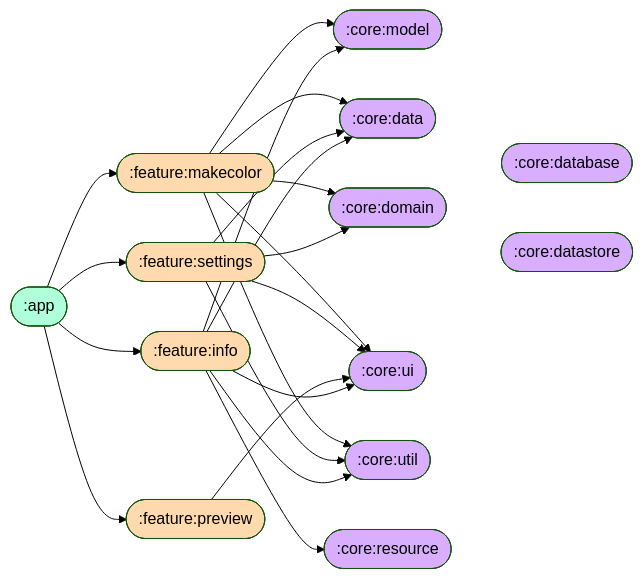
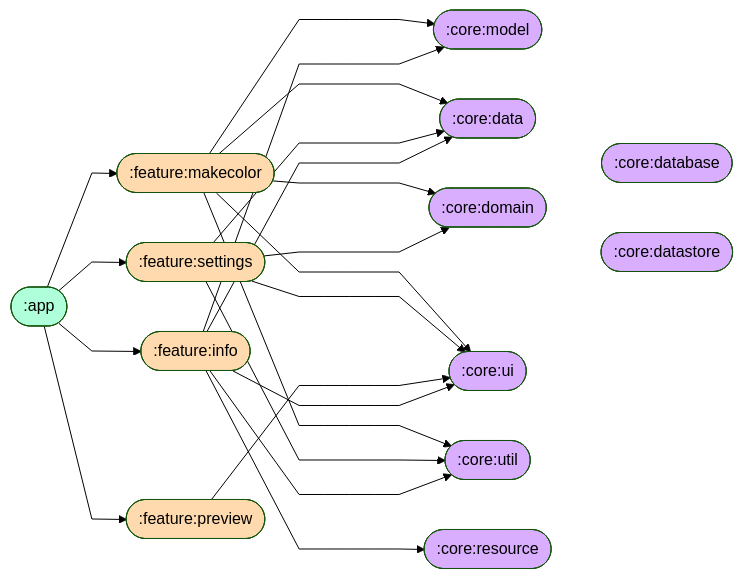
Before and after one commit to kosenda/MultiColorPicker: the diagram in README.md, drawn with Mermaid (forest theme).

Commit message:
docs: change to linear in mermaid
[skip ci]

````diff
--- a/README.md
+++ b/README.md
@@ -50,33 +50,35 @@
 ```mermaid
 flowchart LR
+%%{init: {'flowchart' : {'curve' : 'linear'}}}%%
+
   classDef appModule fill:#AEFFDA,color:#000
   classDef featureModule fill:#FFDAAE,color:#000
   classDef coreModule fill:#DAAEFF,color:#000
   
   A1([:app]):::appModule --> B1([:feature:makecolor]):::featureModule
   A1 --> B2([:feature:settings]):::featureModule
   A1 --> B3([:feature:preview]):::featureModule
   A1 --> B4([:feature:info]):::featureModule
   
-  B1 --> C1([:core:model]):::coreModule 
-  B1 --> C2
-  B1 --> C5
-  B1 --> C7
-  B1 --> C8
+  B1 ----> C1([:core:model]):::coreModule 
+  B1 ----> C2
+  B1 ----> C5
+  B1 ----> C7
+  B1 ----> C8
   
-  B2 --> C2([:core:data]):::coreModule
-  B2 --> C5([:core:domain]):::coreModule
-  B2 --> C7([:core:ui]):::coreModule
-  B2 --> C8([:core:util]):::coreModule
+  B2 ----> C2([:core:data]):::coreModule
+  B2 ----> C5([:core:domain]):::coreModule
+  B2 ----> C7([:core:ui]):::coreModule
+  B2 ----> C8([:core:util]):::coreModule
   
-  B3 --> C7
+  B3 ----> C7
   
-  B4 --> C2
-  B4 --> C1
-  B4 --> C6([:core:resource]):::coreModule
-  B4 --> C7
-  B4 --> C8
+  B4 ----> C2
+  B4 ----> C1
+  B4 ----> C6([:core:resource]):::coreModule
+  B4 ----> C7
+  B4 ----> C8
   
   C5 ~~~ C3([:core:database]):::coreModule
   C5 ~~~ C4([:core:datastore]):::coreModule
 ```
````
